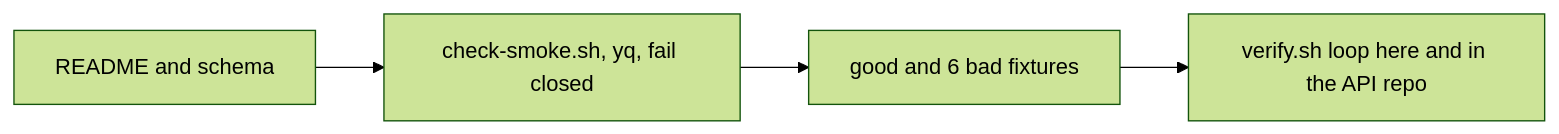
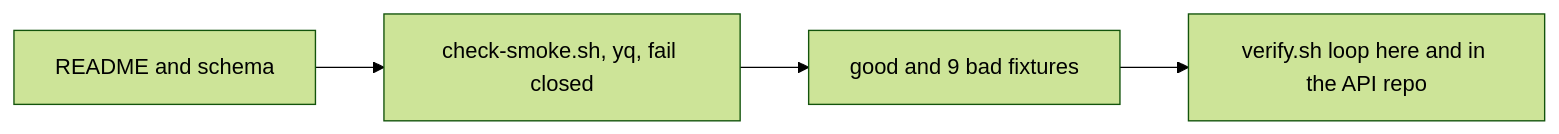
The second of 2 diagrams in docs/pbi/smoke/SM01.md (svennijhuis/agentic-workflows), drawn with Mermaid (forest theme) before and after one commit. The commit also changed other lines of this file and 4 other files, not shown here.

````diff
--- a/docs/pbi/smoke/SM01.md
+++ b/docs/pbi/smoke/SM01.md
@@ -58,6 +60,6 @@
 ```mermaid
 flowchart LR
   S1[README and schema] --> S2[check-smoke.sh, yq, fail closed]
-  S2 --> S3[good and 6 bad fixtures]
+  S2 --> S3[good and 9 bad fixtures]
   S3 --> S4[verify.sh loop here and in the API repo]
 ```
````
